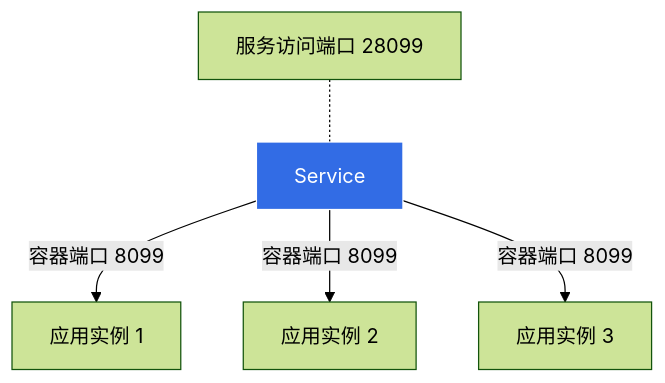
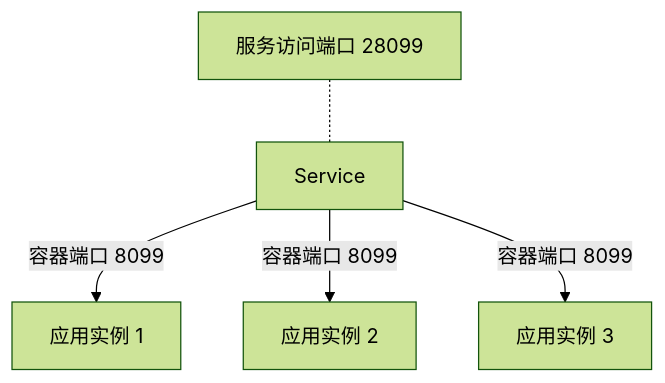
Before and after one commit to DaoCloud/DaoCloud-docs: the diagram in docs/zh/docs/kant/user-guide/edge-network/index.md, drawn with Mermaid (forest theme). The commit also changed 24 other files, not shown here.

````diff
--- a/docs/zh/docs/kant/user-guide/edge-network/index.md
+++ b/docs/zh/docs/kant/user-guide/edge-network/index.md
@@ -13,13 +13,12 @@
 ```mermaid
 graph TD
     A[服务访问端口 28099] -.- B[Service]
     B -->|容器端口 8099| C[应用实例 1]
     B -->|容器端口 8099| D[应用实例 2]
     B -->|容器端口 8099| E[应用实例 3]
 
 classDef plain fill:#ddd,stroke:#fff,stroke-width:1px,color:#000;
 classDef k8s fill:#326ce5,stroke:#fff,stroke-width:1px,color:#fff;
 classDef cluster fill:#fff,stroke:#bbb,stroke-width:1px,color:#326ce5;
 
-class B k8s
 ```
````
